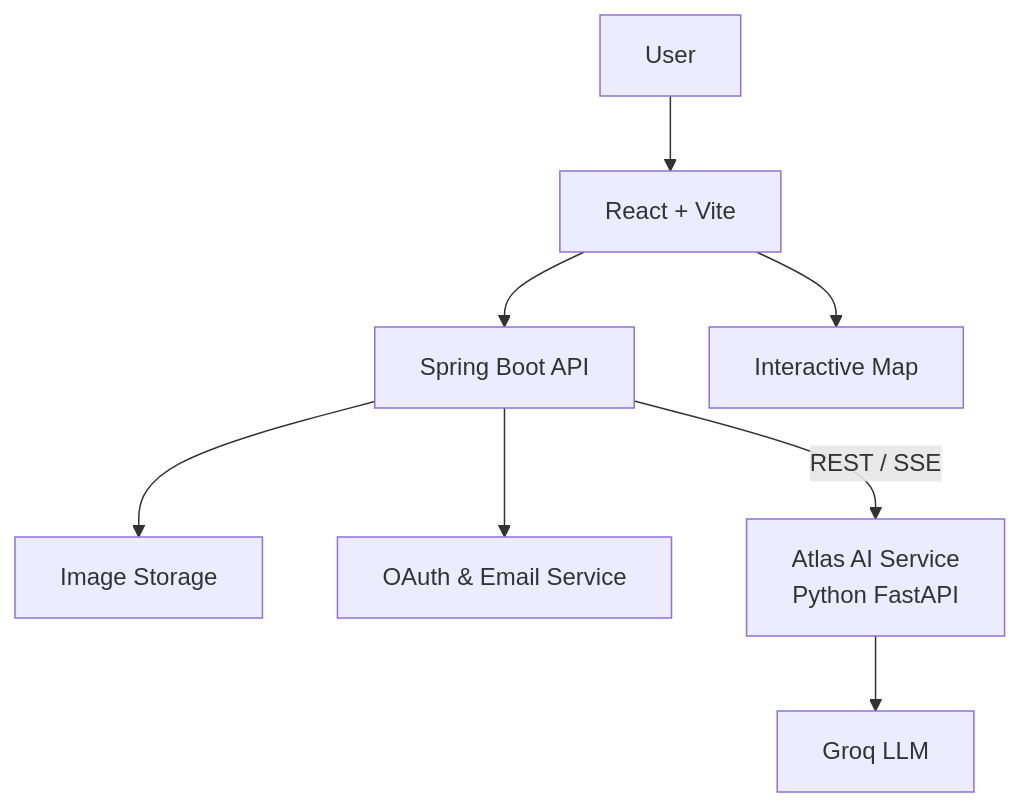
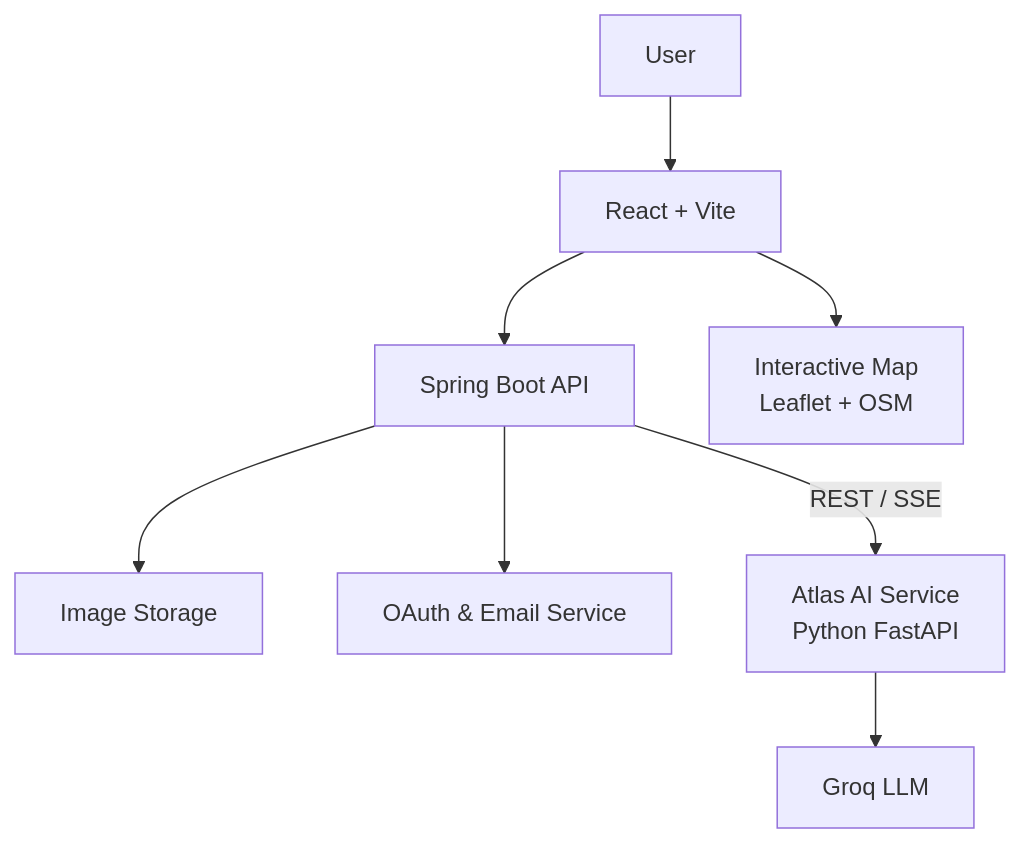
Before and after one commit to browny26/atlas-frontend: the diagram in README.md, drawn with Mermaid. The commit also changed other lines of this file and 7 other files, not shown here.

First line of the commit message:
Replace Google Maps with Leaflet and OpenStreetMap, add "Use my location" (#5)

````diff
--- a/README.md
+++ b/README.md
@@ -201,10 +196,10 @@
 ```mermaid
 graph TD;
   User --> Frontend[React + Vite];
   Frontend --> Backend[Spring Boot API];
   Backend --> Supabase[Image Storage];
   Backend --> Google[OAuth & Email Service];
-  Frontend --> GoogleMaps[Interactive Map];
+  Frontend --> Leaflet[Interactive Map<br/>Leaflet + OSM];
   Backend -->|REST / SSE| AI[Atlas AI Service<br/>Python FastAPI];
   AI --> LLM[Groq LLM];
 ```
````
